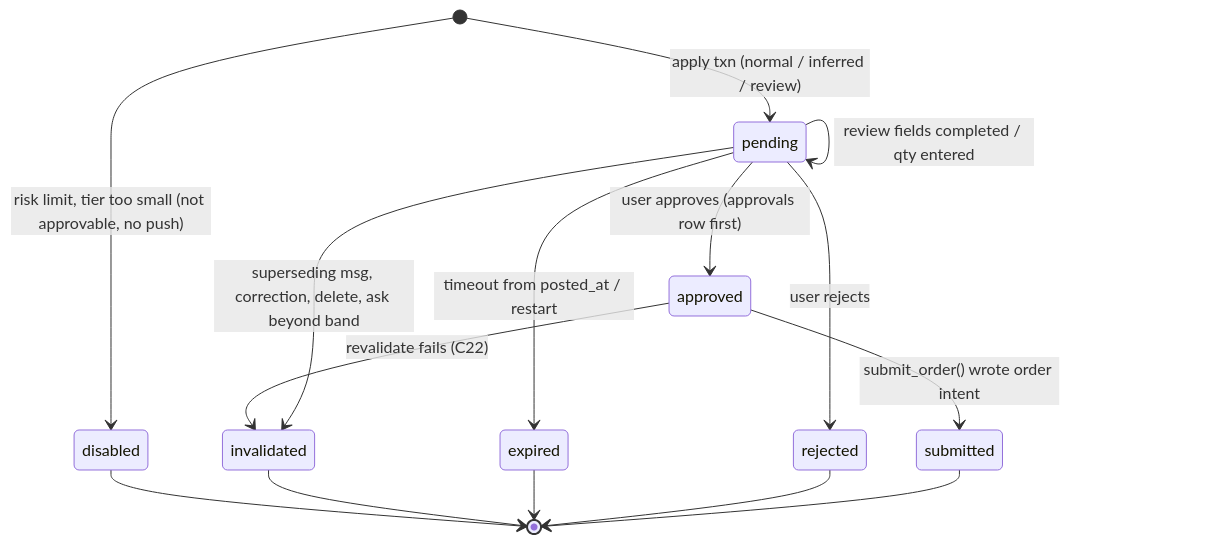
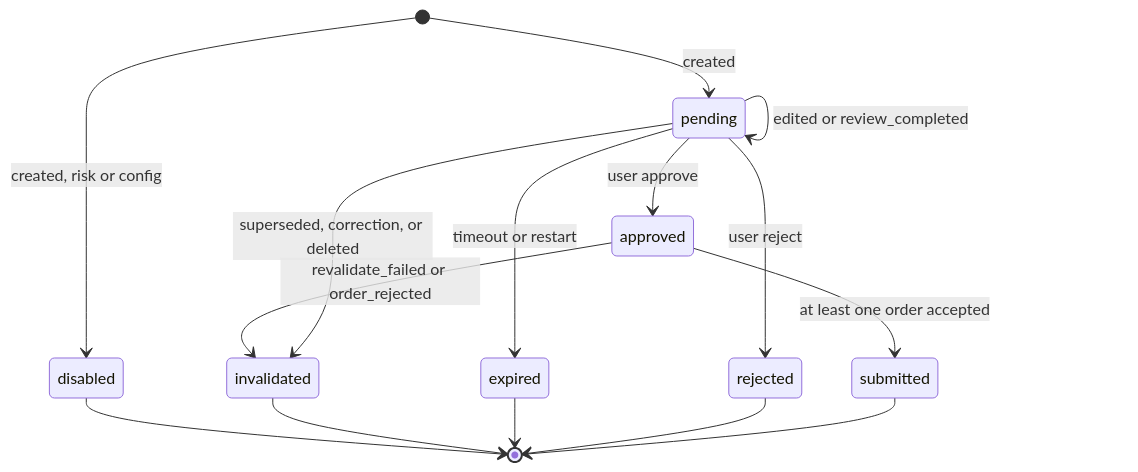
Before and after one commit to idolrun/trading-agent: the fifth of 6 diagrams in docs/diagrams/07-data-model.md, drawn with Mermaid. The commit also changed other lines of this file and 131 other files, not shown here.

First line of the commit message:
docs: update architecture and data flow diagrams for clarity and consistency

````diff
--- a/docs/diagrams/07-data-model.md
+++ b/docs/diagrams/07-data-model.md
@@ -265,17 +364,17 @@
 ```mermaid
 stateDiagram-v2
-    [*] --> pending: apply txn (normal / inferred / review)
-    [*] --> disabled: risk limit, tier too small (not approvable, no push)
-    pending --> pending: review fields completed / qty entered
-    pending --> approved: user approves (approvals row first)
-    pending --> rejected: user rejects
-    pending --> expired: timeout from posted_at / restart
-    pending --> invalidated: superseding msg, correction, delete, ask beyond band
-    approved --> invalidated: revalidate fails (C22)
-    approved --> submitted: submit_order() wrote order intent
+    [*] --> pending: created
+    [*] --> disabled: created, risk or config
+    pending --> pending: edited or review_completed
+    pending --> approved: user approve
+    pending --> rejected: user reject
+    pending --> expired: timeout or restart
+    pending --> invalidated: superseded, correction, or deleted
+    approved --> submitted: at least one order accepted
+    approved --> invalidated: revalidate_failed or order_rejected
     submitted --> [*]
     rejected --> [*]
     expired --> [*]
     invalidated --> [*]
     disabled --> [*]
 ```
````
